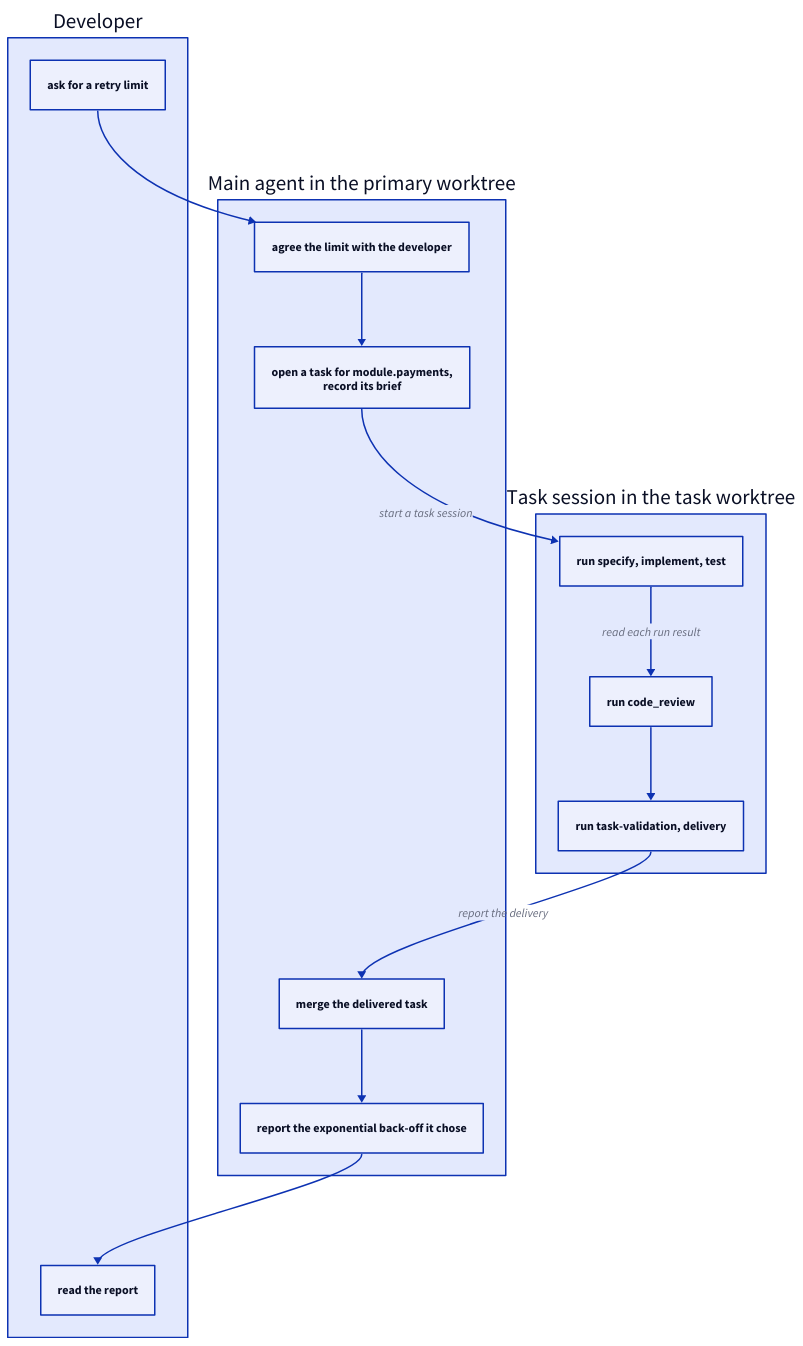
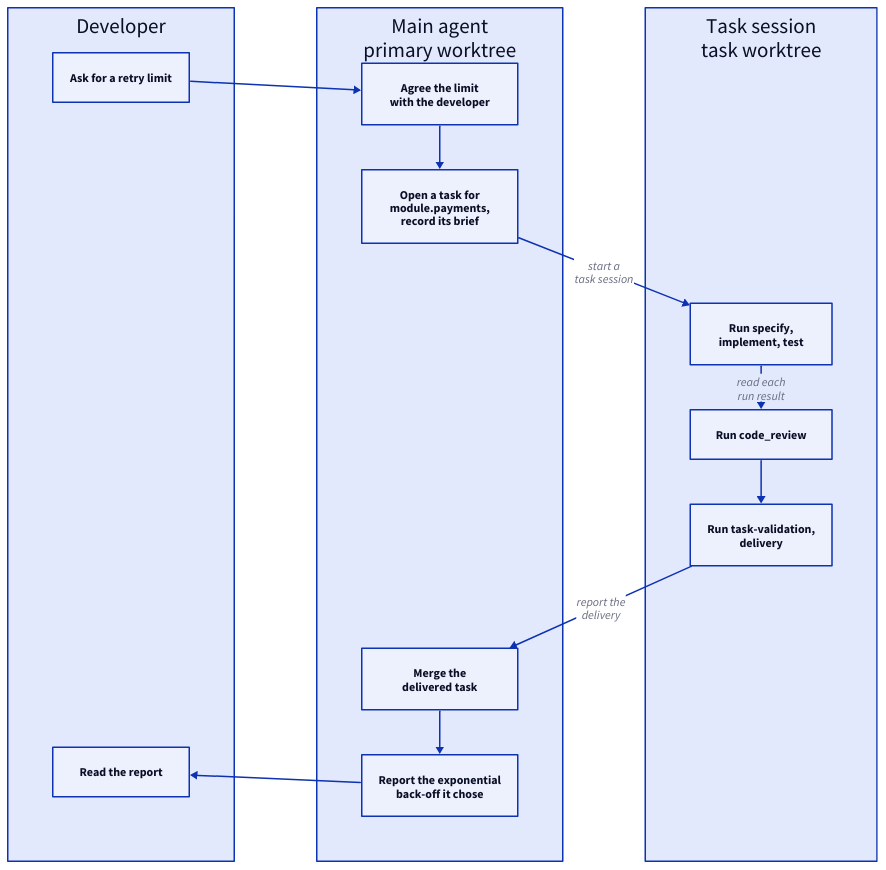
Before and after one commit to FTOD/concorde: the first of 3 diagrams in specs/concorde/coordination/main-session/module.md, drawn with D2. The commit also changed other lines of this file, not shown here.

Commit message:
Restructure the Main session entry: purpose, core concepts, overview, details

````diff
--- a/specs/concorde/coordination/main-session/module.md
+++ b/specs/concorde/coordination/main-session/module.md
@@ -107,26 +81,45 @@
 ```d2 illustrative
-direction: down
+grid-columns: 3
+horizontal-gap: 110
 developer: Developer {
-  ask: ask for a retry limit
-  read: read the report
+  grid-columns: 1
+  vertical-gap: 60
+  ask: "Ask for a retry limit"
+  g1: "" {style.opacity: 0}
+  g2: "" {style.opacity: 0}
+  g3: "" {style.opacity: 0}
+  g4: "" {style.opacity: 0}
+  g5: "" {style.opacity: 0}
+  read: "Read the report"
 }
-primary: Main agent in the primary worktree {
-  agree: agree the limit with the developer
-  open: "open a task for module.payments,\nrecord its brief"
-  merge: merge the delivered task
-  report: report the exponential back-off it chose
+primary: "Main agent\nprimary worktree" {
+  grid-columns: 1
+  vertical-gap: 60
+  agree: "Agree the limit\nwith the developer"
+  open: "Open a task for\nmodule.payments,\nrecord its brief"
+  g1: "" {style.opacity: 0}
+  g2: "" {style.opacity: 0}
+  g3: "" {style.opacity: 0}
+  merge: "Merge the\ndelivered task"
+  report: "Report the exponential\nback-off it chose"
 }
-task: Task session in the task worktree {
-  work: run specify, implement, test
-  review: run code_review
-  deliver: run task-validation, delivery
+task: "Task session\ntask worktree" {
+  grid-columns: 1
+  vertical-gap: 60
+  g1: "" {style.opacity: 0}
+  g2: "" {style.opacity: 0}
+  work: "Run specify,\nimplement, test"
+  review: "Run code_review"
+  deliver: "Run task-validation,\ndelivery"
+  g3: "" {style.opacity: 0}
+  g4: "" {style.opacity: 0}
 }
 developer.ask -> primary.agree
 primary.agree -> primary.open
-primary.open -> task.work: start a task session
-task.work -> task.review: read each run result
+primary.open -> task.work: "start a\ntask session"
+task.work -> task.review: "read each\nrun result"
 task.review -> task.deliver
-task.deliver -> primary.merge: report the delivery
+task.deliver -> primary.merge: "report the\ndelivery"
 primary.merge -> primary.report
 primary.report -> developer.read
 ```
````
